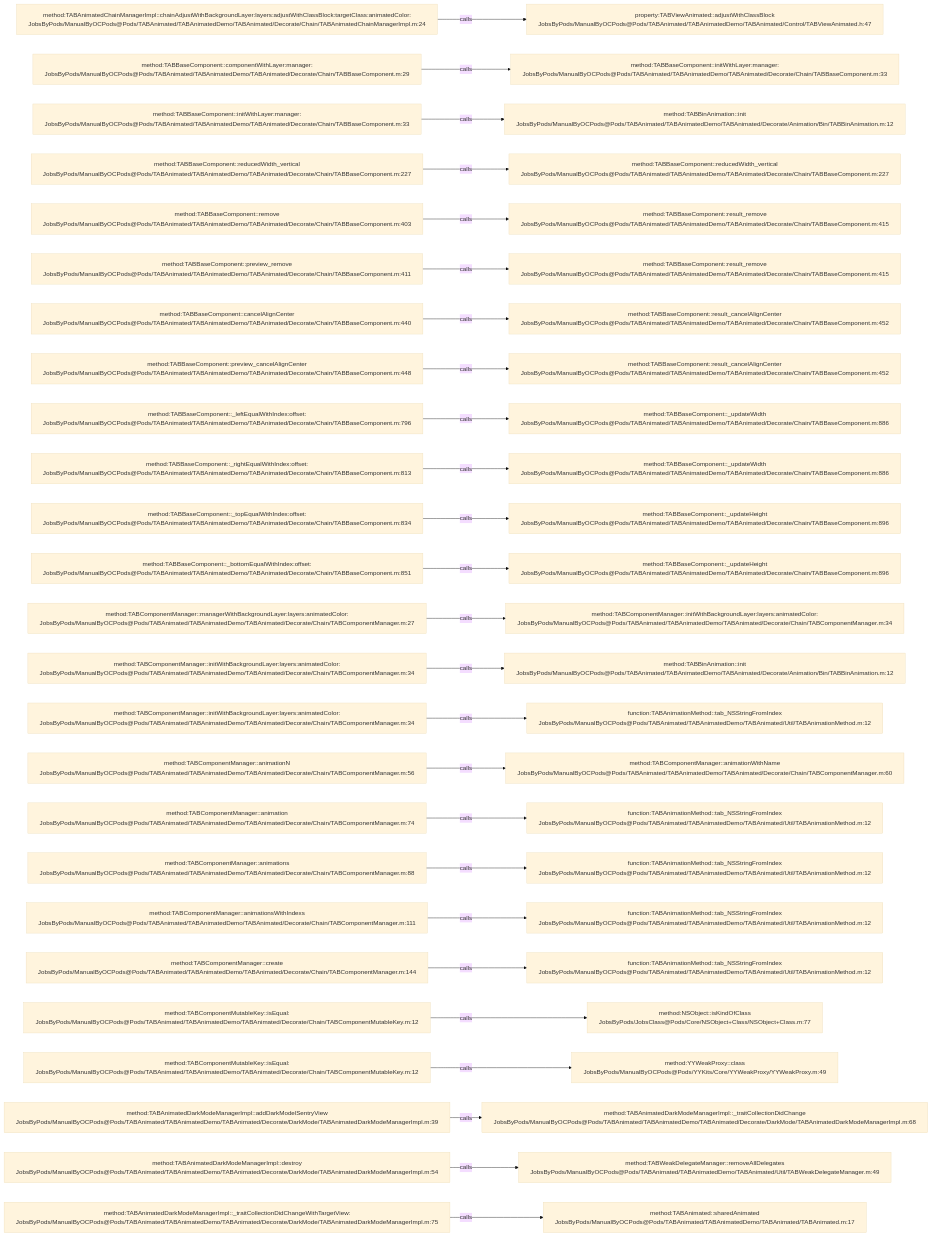
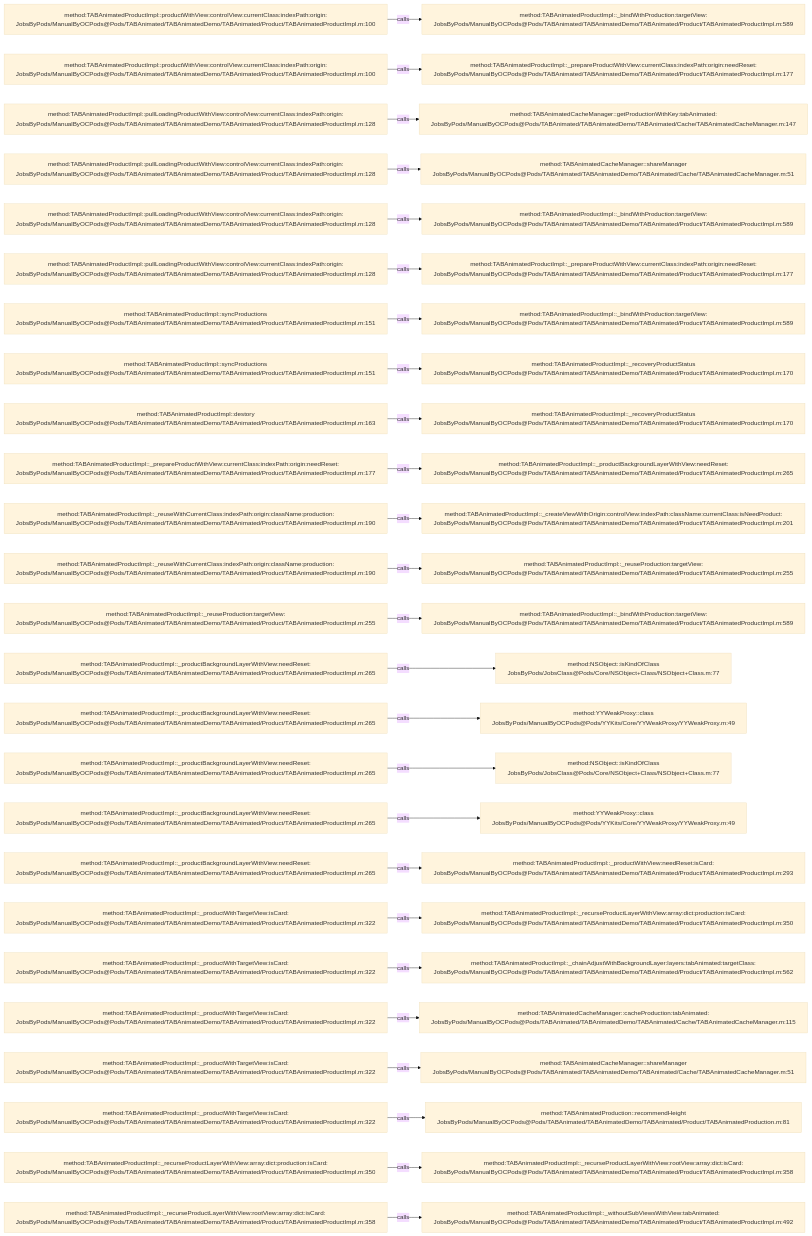
Before and after one commit to JobsKits/JobsOCBaseConfigDemo: the diagram in .codegraph/codegraph.md/graphs/calls-033.md, drawn with Mermaid (base theme). The commit also changed 1353 other files, not shown here.

````diff
--- a/.codegraph/codegraph.md/graphs/calls-033.md
+++ b/.codegraph/codegraph.md/graphs/calls-033.md
@@ -13,78 +13,78 @@
 ```mermaid
 flowchart LR
-  S1["method:TABAnimatedChainManagerImpl::chainAdjustWithBackgroundLayer:layers:adjustWithClassBlock:targetClass:animatedColor:<br/>JobsByPods/ManualByOCPods@Pods/TABAnimated/TABAnimatedDemo/TABAnimated/Decorate/Chain/TABAnimatedChainManagerImpl.m:24"]
-  T1["property:TABViewAnimated::adjustWithClassBlock<br/>JobsByPods/ManualByOCPods@Pods/TABAnimated/TABAnimatedDemo/TABAnimated/Control/TABViewAnimated.h:47"]
+  S1["method:TABAnimatedProductImpl::productWithView:controlView:currentClass:indexPath:origin:<br/>JobsByPods/ManualByOCPods@Pods/TABAnimated/TABAnimatedDemo/TABAnimated/Product/TABAnimatedProductImpl.m:100"]
+  T1["method:TABAnimatedProductImpl::_bindWithProduction:targetView:<br/>JobsByPods/ManualByOCPods@Pods/TABAnimated/TABAnimatedDemo/TABAnimated/Product/TABAnimatedProductImpl.m:589"]
   S1 -->|calls| T1
-  S2["method:TABBaseComponent::componentWithLayer:manager:<br/>JobsByPods/ManualByOCPods@Pods/TABAnimated/TABAnimatedDemo/TABAnimated/Decorate/Chain/TABBaseComponent.m:29"]
-  T2["method:TABBaseComponent::initWithLayer:manager:<br/>JobsByPods/ManualByOCPods@Pods/TABAnimated/TABAnimatedDemo/TABAnimated/Decorate/Chain/TABBaseComponent.m:33"]
+  S2["method:TABAnimatedProductImpl::productWithView:controlView:currentClass:indexPath:origin:<br/>JobsByPods/ManualByOCPods@Pods/TABAnimated/TABAnimatedDemo/TABAnimated/Product/TABAnimatedProductImpl.m:100"]
+  T2["method:TABAnimatedProductImpl::_prepareProductWithView:currentClass:indexPath:origin:needReset:<br/>JobsByPods/ManualByOCPods@Pods/TABAnimated/TABAnimatedDemo/TABAnimated/Product/TABAnimatedProductImpl.m:177"]
   S2 -->|calls| T2
-  S3["method:TABBaseComponent::initWithLayer:manager:<br/>JobsByPods/ManualByOCPods@Pods/TABAnimated/TABAnimatedDemo/TABAnimated/Decorate/Chain/TABBaseComponent.m:33"]
-  T3["method:TABBinAnimation::init<br/>JobsByPods/ManualByOCPods@Pods/TABAnimated/TABAnimatedDemo/TABAnimated/Decorate/Animation/Bin/TABBinAnimation.m:12"]
+  S3["method:TABAnimatedProductImpl::pullLoadingProductWithView:controlView:currentClass:indexPath:origin:<br/>JobsByPods/ManualByOCPods@Pods/TABAnimated/TABAnimatedDemo/TABAnimated/Product/TABAnimatedProductImpl.m:128"]
+  T3["method:TABAnimatedCacheManager::getProductionWithKey:tabAnimated:<br/>JobsByPods/ManualByOCPods@Pods/TABAnimated/TABAnimatedDemo/TABAnimated/Cache/TABAnimatedCacheManager.m:147"]
   S3 -->|calls| T3
-  S4["method:TABBaseComponent::reducedWidth_vertical<br/>JobsByPods/ManualByOCPods@Pods/TABAnimated/TABAnimatedDemo/TABAnimated/Decorate/Chain/TABBaseComponent.m:227"]
-  T4["method:TABBaseComponent::reducedWidth_vertical<br/>JobsByPods/ManualByOCPods@Pods/TABAnimated/TABAnimatedDemo/TABAnimated/Decorate/Chain/TABBaseComponent.m:227"]
+  S4["method:TABAnimatedProductImpl::pullLoadingProductWithView:controlView:currentClass:indexPath:origin:<br/>JobsByPods/ManualByOCPods@Pods/TABAnimated/TABAnimatedDemo/TABAnimated/Product/TABAnimatedProductImpl.m:128"]
+  T4["method:TABAnimatedCacheManager::shareManager<br/>JobsByPods/ManualByOCPods@Pods/TABAnimated/TABAnimatedDemo/TABAnimated/Cache/TABAnimatedCacheManager.m:51"]
   S4 -->|calls| T4
-  S5["method:TABBaseComponent::remove<br/>JobsByPods/ManualByOCPods@Pods/TABAnimated/TABAnimatedDemo/TABAnimated/Decorate/Chain/TABBaseComponent.m:403"]
-  T5["method:TABBaseComponent::result_remove<br/>JobsByPods/ManualByOCPods@Pods/TABAnimated/TABAnimatedDemo/TABAnimated/Decorate/Chain/TABBaseComponent.m:415"]
+  S5["method:TABAnimatedProductImpl::pullLoadingProductWithView:controlView:currentClass:indexPath:origin:<br/>JobsByPods/ManualByOCPods@Pods/TABAnimated/TABAnimatedDemo/TABAnimated/Product/TABAnimatedProductImpl.m:128"]
+  T5["method:TABAnimatedProductImpl::_bindWithProduction:targetView:<br/>JobsByPods/ManualByOCPods@Pods/TABAnimated/TABAnimatedDemo/TABAnimated/Product/TABAnimatedProductImpl.m:589"]
   S5 -->|calls| T5
-  S6["method:TABBaseComponent::preview_remove<br/>JobsByPods/ManualByOCPods@Pods/TABAnimated/TABAnimatedDemo/TABAnimated/Decorate/Chain/TABBaseComponent.m:411"]
-  T6["method:TABBaseComponent::result_remove<br/>JobsByPods/ManualByOCPods@Pods/TABAnimated/TABAnimatedDemo/TABAnimated/Decorate/Chain/TABBaseComponent.m:415"]
+  S6["method:TABAnimatedProductImpl::pullLoadingProductWithView:controlView:currentClass:indexPath:origin:<br/>JobsByPods/ManualByOCPods@Pods/TABAnimated/TABAnimatedDemo/TABAnimated/Product/TABAnimatedProductImpl.m:128"]
+  T6["method:TABAnimatedProductImpl::_prepareProductWithView:currentClass:indexPath:origin:needReset:<br/>JobsByPods/ManualByOCPods@Pods/TABAnimated/TABAnimatedDemo/TABAnimated/Product/TABAnimatedProductImpl.m:177"]
   S6 -->|calls| T6
-  S7["method:TABBaseComponent::cancelAlignCenter<br/>JobsByPods/ManualByOCPods@Pods/TABAnimated/TABAnimatedDemo/TABAnimated/Decorate/Chain/TABBaseComponent.m:440"]
-  T7["method:TABBaseComponent::result_cancelAlignCenter<br/>JobsByPods/ManualByOCPods@Pods/TABAnimated/TABAnimatedDemo/TABAnimated/Decorate/Chain/TABBaseComponent.m:452"]
+  S7["method:TABAnimatedProductImpl::syncProductions<br/>JobsByPods/ManualByOCPods@Pods/TABAnimated/TABAnimatedDemo/TABAnimated/Product/TABAnimatedProductImpl.m:151"]
+  T7["method:TABAnimatedProductImpl::_bindWithProduction:targetView:<br/>JobsByPods/ManualByOCPods@Pods/TABAnimated/TABAnimatedDemo/TABAnimated/Product/TABAnimatedProductImpl.m:589"]
   S7 -->|calls| T7
-  S8["method:TABBaseComponent::preview_cancelAlignCenter<br/>JobsByPods/ManualByOCPods@Pods/TABAnimated/TABAnimatedDemo/TABAnimated/Decorate/Chain/TABBaseComponent.m:448"]
-  T8["method:TABBaseComponent::result_cancelAlignCenter<br/>JobsByPods/ManualByOCPods@Pods/TABAnimated/TABAnimatedDemo/TABAnimated/Decorate/Chain/TABBaseComponent.m:452"]
+  S8["method:TABAnimatedProductImpl::syncProductions<br/>JobsByPods/ManualByOCPods@Pods/TABAnimated/TABAnimatedDemo/TABAnimated/Product/TABAnimatedProductImpl.m:151"]
+  T8["method:TABAnimatedProductImpl::_recoveryProductStatus<br/>JobsByPods/ManualByOCPods@Pods/TABAnimated/TABAnimatedDemo/TABAnimated/Product/TABAnimatedProductImpl.m:170"]
   S8 -->|calls| T8
-  S9["method:TABBaseComponent::_leftEqualWithIndex:offset:<br/>JobsByPods/ManualByOCPods@Pods/TABAnimated/TABAnimatedDemo/TABAnimated/Decorate/Chain/TABBaseComponent.m:796"]
-  T9["method:TABBaseComponent::_updateWidth<br/>JobsByPods/ManualByOCPods@Pods/TABAnimated/TABAnimatedDemo/TABAnimated/Decorate/Chain/TABBaseComponent.m:886"]
+  S9["method:TABAnimatedProductImpl::destory<br/>JobsByPods/ManualByOCPods@Pods/TABAnimated/TABAnimatedDemo/TABAnimated/Product/TABAnimatedProductImpl.m:163"]
+  T9["method:TABAnimatedProductImpl::_recoveryProductStatus<br/>JobsByPods/ManualByOCPods@Pods/TABAnimated/TABAnimatedDemo/TABAnimated/Product/TABAnimatedProductImpl.m:170"]
   S9 -->|calls| T9
-  S10["method:TABBaseComponent::_rightEqualWithIndex:offset:<br/>JobsByPods/ManualByOCPods@Pods/TABAnimated/TABAnimatedDemo/TABAnimated/Decorate/Chain/TABBaseComponent.m:813"]
-  T10["method:TABBaseComponent::_updateWidth<br/>JobsByPods/ManualByOCPods@Pods/TABAnimated/TABAnimatedDemo/TABAnimated/Decorate/Chain/TABBaseComponent.m:886"]
+  S10["method:TABAnimatedProductImpl::_prepareProductWithView:currentClass:indexPath:origin:needReset:<br/>JobsByPods/ManualByOCPods@Pods/TABAnimated/TABAnimatedDemo/TABAnimated/Product/TABAnimatedProductImpl.m:177"]
+  T10["method:TABAnimatedProductImpl::_productBackgroundLayerWithView:needReset:<br/>JobsByPods/ManualByOCPods@Pods/TABAnimated/TABAnimatedDemo/TABAnimated/Product/TABAnimatedProductImpl.m:265"]
   S10 -->|calls| T10
-  S11["method:TABBaseComponent::_topEqualWithIndex:offset:<br/>JobsByPods/ManualByOCPods@Pods/TABAnimated/TABAnimatedDemo/TABAnimated/Decorate/Chain/TABBaseComponent.m:834"]
-  T11["method:TABBaseComponent::_updateHeight<br/>JobsByPods/ManualByOCPods@Pods/TABAnimated/TABAnimatedDemo/TABAnimated/Decorate/Chain/TABBaseComponent.m:896"]
+  S11["method:TABAnimatedProductImpl::_reuseWithCurrentClass:indexPath:origin:className:production:<br/>JobsByPods/ManualByOCPods@Pods/TABAnimated/TABAnimatedDemo/TABAnimated/Product/TABAnimatedProductImpl.m:190"]
+  T11["method:TABAnimatedProductImpl::_createViewWithOrigin:controlView:indexPath:className:currentClass:isNeedProduct:<br/>JobsByPods/ManualByOCPods@Pods/TABAnimated/TABAnimatedDemo/TABAnimated/Product/TABAnimatedProductImpl.m:201"]
   S11 -->|calls| T11
-  S12["method:TABBaseComponent::_bottomEqualWithIndex:offset:<br/>JobsByPods/ManualByOCPods@Pods/TABAnimated/TABAnimatedDemo/TABAnimated/Decorate/Chain/TABBaseComponent.m:851"]
-  T12["method:TABBaseComponent::_updateHeight<br/>JobsByPods/ManualByOCPods@Pods/TABAnimated/TABAnimatedDemo/TABAnimated/Decorate/Chain/TABBaseComponent.m:896"]
+  S12["method:TABAnimatedProductImpl::_reuseWithCurrentClass:indexPath:origin:className:production:<br/>JobsByPods/ManualByOCPods@Pods/TABAnimated/TABAnimatedDemo/TABAnimated/Product/TABAnimatedProductImpl.m:190"]
+  T12["method:TABAnimatedProductImpl::_reuseProduction:targetView:<br/>JobsByPods/ManualByOCPods@Pods/TABAnimated/TABAnimatedDemo/TABAnimated/Product/TABAnimatedProductImpl.m:255"]
   S12 -->|calls| T12
-  S13["method:TABComponentManager::managerWithBackgroundLayer:layers:animatedColor:<br/>JobsByPods/ManualByOCPods@Pods/TABAnimated/TABAnimatedDemo/TABAnimated/Decorate/Chain/TABComponentManager.m:27"]
-  T13["method:TABComponentManager::initWithBackgroundLayer:layers:animatedColor:<br/>JobsByPods/ManualByOCPods@Pods/TABAnimated/TABAnimatedDemo/TABAnimated/Decorate/Chain/TABComponentManager.m:34"]
+  S13["method:TABAnimatedProductImpl::_reuseProduction:targetView:<br/>JobsByPods/ManualByOCPods@Pods/TABAnimated/TABAnimatedDemo/TABAnimated/Product/TABAnimatedProductImpl.m:255"]
+  T13["method:TABAnimatedProductImpl::_bindWithProduction:targetView:<br/>JobsByPods/ManualByOCPods@Pods/TABAnimated/TABAnimatedDemo/TABAnimated/Product/TABAnimatedProductImpl.m:589"]
   S13 -->|calls| T13
-  S14["method:TABComponentManager::initWithBackgroundLayer:layers:animatedColor:<br/>JobsByPods/ManualByOCPods@Pods/TABAnimated/TABAnimatedDemo/TABAnimated/Decorate/Chain/TABComponentManager.m:34"]
-  T14["method:TABBinAnimation::init<br/>JobsByPods/ManualByOCPods@Pods/TABAnimated/TABAnimatedDemo/TABAnimated/Decorate/Animation/Bin/TABBinAnimation.m:12"]
+  S14["method:TABAnimatedProductImpl::_productBackgroundLayerWithView:needReset:<br/>JobsByPods/ManualByOCPods@Pods/TABAnimated/TABAnimatedDemo/TABAnimated/Product/TABAnimatedProductImpl.m:265"]
+  T14["method:NSObject::isKindOfClass<br/>JobsByPods/JobsClass@Pods/Core/NSObject+Class/NSObject+Class.m:77"]
   S14 -->|calls| T14
-  S15["method:TABComponentManager::initWithBackgroundLayer:layers:animatedColor:<br/>JobsByPods/ManualByOCPods@Pods/TABAnimated/TABAnimatedDemo/TABAnimated/Decorate/Chain/TABComponentManager.m:34"]
-  T15["function:TABAnimationMethod::tab_NSStringFromIndex<br/>JobsByPods/ManualByOCPods@Pods/TABAnimated/TABAnimatedDemo/TABAnimated/Util/TABAnimationMethod.m:12"]
+  S15["method:TABAnimatedProductImpl::_productBackgroundLayerWithView:needReset:<br/>JobsByPods/ManualByOCPods@Pods/TABAnimated/TABAnimatedDemo/TABAnimated/Product/TABAnimatedProductImpl.m:265"]
+  T15["method:YYWeakProxy::class<br/>JobsByPods/ManualByOCPods@Pods/YYKits/Core/YYWeakProxy/YYWeakProxy.m:49"]
   S15 -->|calls| T15
-  S16["method:TABComponentManager::animationN<br/>JobsByPods/ManualByOCPods@Pods/TABAnimated/TABAnimatedDemo/TABAnimated/Decorate/Chain/TABComponentManager.m:56"]
-  T16["method:TABComponentManager::animationWithName<br/>JobsByPods/ManualByOCPods@Pods/TABAnimated/TABAnimatedDemo/TABAnimated/Decorate/Chain/TABComponentManager.m:60"]
+  S16["method:TABAnimatedProductImpl::_productBackgroundLayerWithView:needReset:<br/>JobsByPods/ManualByOCPods@Pods/TABAnimated/TABAnimatedDemo/TABAnimated/Product/TABAnimatedProductImpl.m:265"]
+  T16["method:NSObject::isKindOfClass<br/>JobsByPods/JobsClass@Pods/Core/NSObject+Class/NSObject+Class.m:77"]
   S16 -->|calls| T16
-  S17["method:TABComponentManager::animation<br/>JobsByPods/ManualByOCPods@Pods/TABAnimated/TABAnimatedDemo/TABAnimated/Decorate/Chain/TABComponentManager.m:74"]
-  T17["function:TABAnimationMethod::tab_NSStringFromIndex<br/>JobsByPods/ManualByOCPods@Pods/TABAnimated/TABAnimatedDemo/TABAnimated/Util/TABAnimationMethod.m:12"]
+  S17["method:TABAnimatedProductImpl::_productBackgroundLayerWithView:needReset:<br/>JobsByPods/ManualByOCPods@Pods/TABAnimated/TABAnimatedDemo/TABAnimated/Product/TABAnimatedProductImpl.m:265"]
+  T17["method:YYWeakProxy::class<br/>JobsByPods/ManualByOCPods@Pods/YYKits/Core/YYWeakProxy/YYWeakProxy.m:49"]
   S17 -->|calls| T17
-  S18["method:TABComponentManager::animations<br/>JobsByPods/ManualByOCPods@Pods/TABAnimated/TABAnimatedDemo/TABAnimated/Decorate/Chain/TABComponentManager.m:88"]
-  T18["function:TABAnimationMethod::tab_NSStringFromIndex<br/>JobsByPods/ManualByOCPods@Pods/TABAnimated/TABAnimatedDemo/TABAnimated/Util/TABAnimationMethod.m:12"]
+  S18["method:TABAnimatedProductImpl::_productBackgroundLayerWithView:needReset:<br/>JobsByPods/ManualByOCPods@Pods/TABAnimated/TABAnimatedDemo/TABAnimated/Product/TABAnimatedProductImpl.m:265"]
+  T18["method:TABAnimatedProductImpl::_productWithView:needReset:isCard:<br/>JobsByPods/ManualByOCPods@Pods/TABAnimated/TABAnimatedDemo/TABAnimated/Product/TABAnimatedProductImpl.m:293"]
   S18 -->|calls| T18
-  S19["method:TABComponentManager::animationsWithIndexs<br/>JobsByPods/ManualByOCPods@Pods/TABAnimated/TABAnimatedDemo/TABAnimated/Decorate/Chain/TABComponentManager.m:111"]
-  T19["function:TABAnimationMethod::tab_NSStringFromIndex<br/>JobsByPods/ManualByOCPods@Pods/TABAnimated/TABAnimatedDemo/TABAnimated/Util/TABAnimationMethod.m:12"]
+  S19["method:TABAnimatedProductImpl::_productWithTargetView:isCard:<br/>JobsByPods/ManualByOCPods@Pods/TABAnimated/TABAnimatedDemo/TABAnimated/Product/TABAnimatedProductImpl.m:322"]
+  T19["method:TABAnimatedProductImpl::_recurseProductLayerWithView:array:dict:production:isCard:<br/>JobsByPods/ManualByOCPods@Pods/TABAnimated/TABAnimatedDemo/TABAnimated/Product/TABAnimatedProductImpl.m:350"]
   S19 -->|calls| T19
-  S20["method:TABComponentManager::create<br/>JobsByPods/ManualByOCPods@Pods/TABAnimated/TABAnimatedDemo/TABAnimated/Decorate/Chain/TABComponentManager.m:144"]
-  T20["function:TABAnimationMethod::tab_NSStringFromIndex<br/>JobsByPods/ManualByOCPods@Pods/TABAnimated/TABAnimatedDemo/TABAnimated/Util/TABAnimationMethod.m:12"]
+  S20["method:TABAnimatedProductImpl::_productWithTargetView:isCard:<br/>JobsByPods/ManualByOCPods@Pods/TABAnimated/TABAnimatedDemo/TABAnimated/Product/TABAnimatedProductImpl.m:322"]
+  T20["method:TABAnimatedProductImpl::_chainAdjustWithBackgroundLayer:layers:tabAnimated:targetClass:<br/>JobsByPods/ManualByOCPods@Pods/TABAnimated/TABAnimatedDemo/TABAnimated/Product/TABAnimatedProductImpl.m:562"]
   S20 -->|calls| T20
-  S21["method:TABComponentMutableKey::isEqual:<br/>JobsByPods/ManualByOCPods@Pods/TABAnimated/TABAnimatedDemo/TABAnimated/Decorate/Chain/TABComponentMutableKey.m:12"]
-  T21["method:NSObject::isKindOfClass<br/>JobsByPods/JobsClass@Pods/Core/NSObject+Class/NSObject+Class.m:77"]
+  S21["method:TABAnimatedProductImpl::_productWithTargetView:isCard:<br/>JobsByPods/ManualByOCPods@Pods/TABAnimated/TABAnimatedDemo/TABAnimated/Product/TABAnimatedProductImpl.m:322"]
+  T21["method:TABAnimatedCacheManager::cacheProduction:tabAnimated:<br/>JobsByPods/ManualByOCPods@Pods/TABAnimated/TABAnimatedDemo/TABAnimated/Cache/TABAnimatedCacheManager.m:115"]
   S21 -->|calls| T21
-  S22["method:TABComponentMutableKey::isEqual:<br/>JobsByPods/ManualByOCPods@Pods/TABAnimated/TABAnimatedDemo/TABAnimated/Decorate/Chain/TABComponentMutableKey.m:12"]
-  T22["method:YYWeakProxy::class<br/>JobsByPods/ManualByOCPods@Pods/YYKits/Core/YYWeakProxy/YYWeakProxy.m:49"]
+  S22["method:TABAnimatedProductImpl::_productWithTargetView:isCard:<br/>JobsByPods/ManualByOCPods@Pods/TABAnimated/TABAnimatedDemo/TABAnimated/Product/TABAnimatedProductImpl.m:322"]
+  T22["method:TABAnimatedCacheManager::shareManager<br/>JobsByPods/ManualByOCPods@Pods/TABAnimated/TABAnimatedDemo/TABAnimated/Cache/TABAnimatedCacheManager.m:51"]
   S22 -->|calls| T22
-  S23["method:TABAnimatedDarkModeManagerImpl::addDarkModelSentryView<br/>JobsByPods/ManualByOCPods@Pods/TABAnimated/TABAnimatedDemo/TABAnimated/Decorate/DarkMode/TABAnimatedDarkModeManagerImpl.m:39"]
-  T23["method:TABAnimatedDarkModeManagerImpl::_traitCollectionDidChange<br/>JobsByPods/ManualByOCPods@Pods/TABAnimated/TABAnimatedDemo/TABAnimated/Decorate/DarkMode/TABAnimatedDarkModeManagerImpl.m:68"]
+  S23["method:TABAnimatedProductImpl::_productWithTargetView:isCard:<br/>JobsByPods/ManualByOCPods@Pods/TABAnimated/TABAnimatedDemo/TABAnimated/Product/TABAnimatedProductImpl.m:322"]
+  T23["method:TABAnimatedProduction::recommendHeight<br/>JobsByPods/ManualByOCPods@Pods/TABAnimated/TABAnimatedDemo/TABAnimated/Product/TABAnimatedProduction.m:81"]
   S23 -->|calls| T23
-  S24["method:TABAnimatedDarkModeManagerImpl::destroy<br/>JobsByPods/ManualByOCPods@Pods/TABAnimated/TABAnimatedDemo/TABAnimated/Decorate/DarkMode/TABAnimatedDarkModeManagerImpl.m:54"]
-  T24["method:TABWeakDelegateManager::removeAllDelegates<br/>JobsByPods/ManualByOCPods@Pods/TABAnimated/TABAnimatedDemo/TABAnimated/Util/TABWeakDelegateManager.m:49"]
+  S24["method:TABAnimatedProductImpl::_recurseProductLayerWithView:array:dict:production:isCard:<br/>JobsByPods/ManualByOCPods@Pods/TABAnimated/TABAnimatedDemo/TABAnimated/Product/TABAnimatedProductImpl.m:350"]
+  T24["method:TABAnimatedProductImpl::_recurseProductLayerWithView:rootView:array:dict:isCard:<br/>JobsByPods/ManualByOCPods@Pods/TABAnimated/TABAnimatedDemo/TABAnimated/Product/TABAnimatedProductImpl.m:358"]
   S24 -->|calls| T24
-  S25["method:TABAnimatedDarkModeManagerImpl::_traitCollectionDidChangeWithTargetView:<br/>JobsByPods/ManualByOCPods@Pods/TABAnimated/TABAnimatedDemo/TABAnimated/Decorate/DarkMode/TABAnimatedDarkModeManagerImpl.m:75"]
-  T25["method:TABAnimated::sharedAnimated<br/>JobsByPods/ManualByOCPods@Pods/TABAnimated/TABAnimatedDemo/TABAnimated/TABAnimated.m:17"]
+  S25["method:TABAnimatedProductImpl::_recurseProductLayerWithView:rootView:array:dict:isCard:<br/>JobsByPods/ManualByOCPods@Pods/TABAnimated/TABAnimatedDemo/TABAnimated/Product/TABAnimatedProductImpl.m:358"]
+  T25["method:TABAnimatedProductImpl::_withoutSubViewsWithView:tabAnimated:<br/>JobsByPods/ManualByOCPods@Pods/TABAnimated/TABAnimatedDemo/TABAnimated/Product/TABAnimatedProductImpl.m:492"]
   S25 -->|calls| T25
 ```
````
